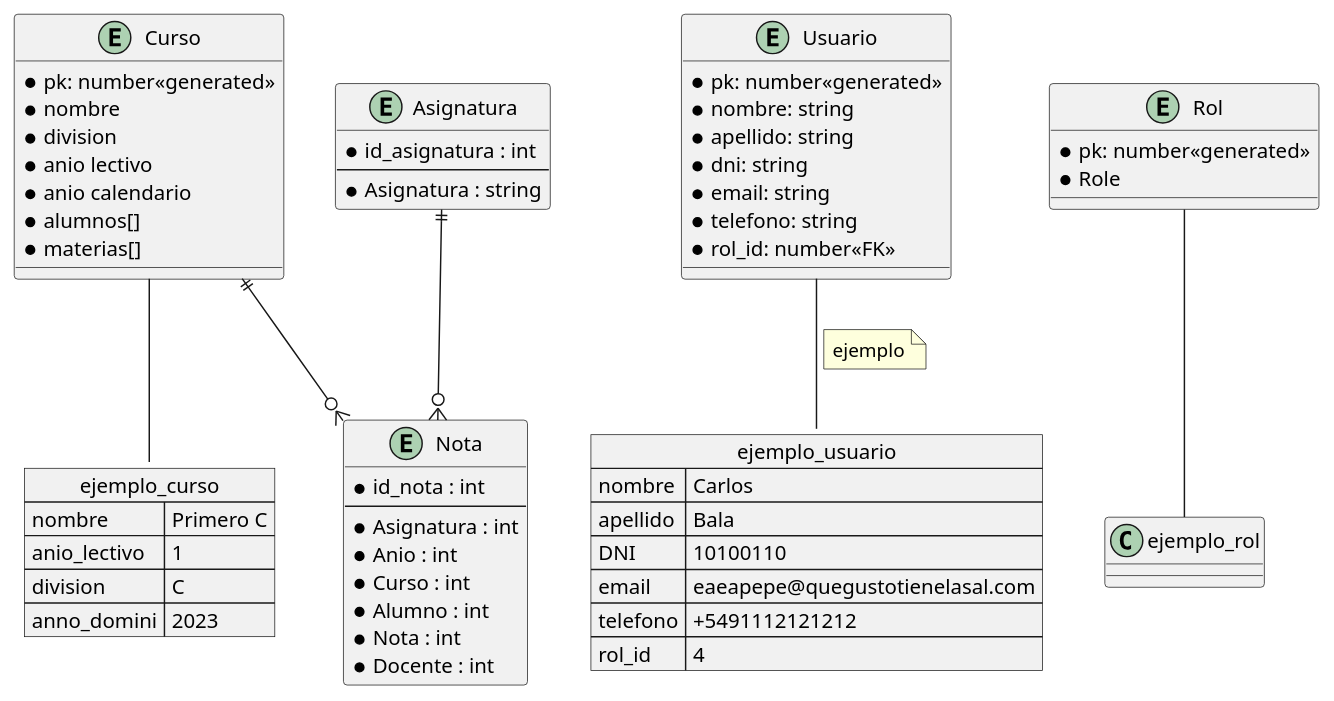
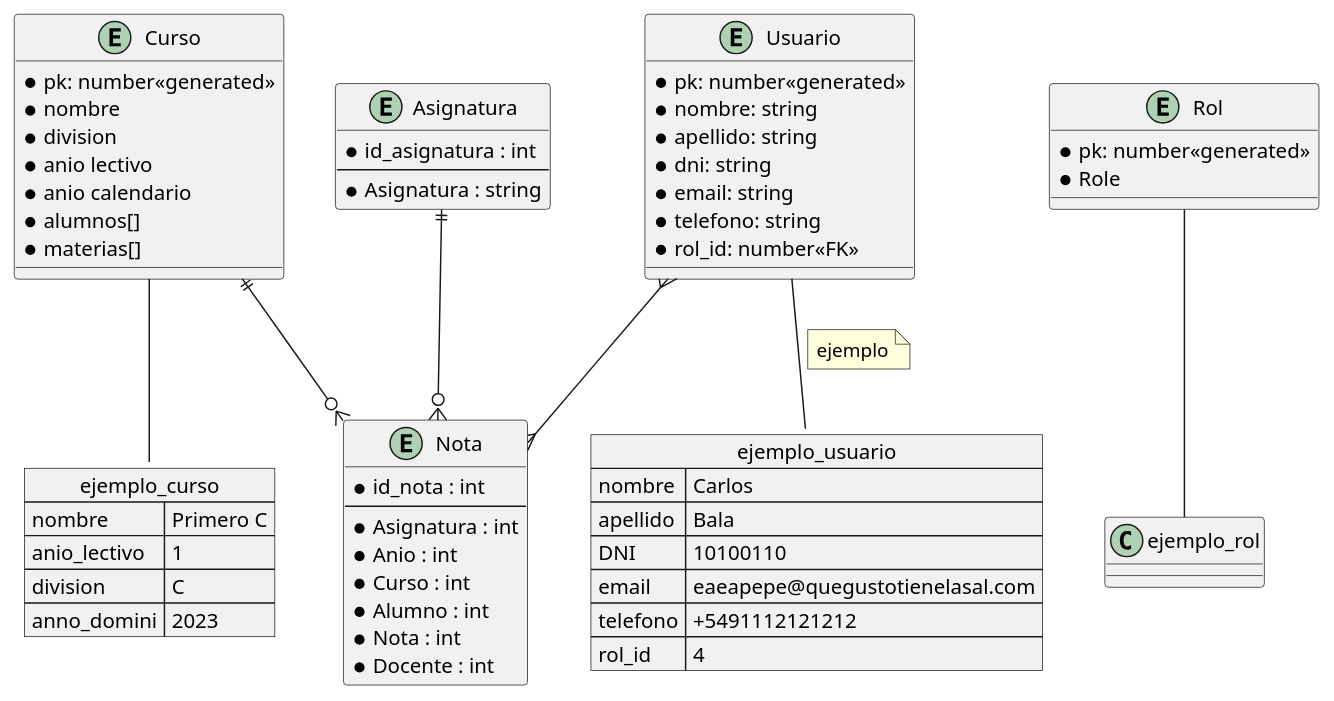
One commit to aragornz325/escuelas changed the diagram in README.md. Above: the diagram before and after it, drawn with PlantUML.

````diff
--- a/README.md
+++ b/README.md
@@ -3,74 +3,75 @@
 ```plantuml
 @startuml
 allow_mixing
 
 entity Curso {
   * pk: number<<generated>>
   * nombre
   * division
   * anio lectivo
   * anio calendario
   * alumnos[]
   * materias[]
 }
 
 entity Usuario {
   * pk: number<<generated>>
   * nombre: string
   * apellido: string
   * dni: string
   * email: string
   * telefono: string
   * rol_id: number<<FK>>
 }
 
 entity Rol {
  * pk: number<<generated>>
  * Role
 }
 
 entity "Asignatura" {
   * id_asignatura : int
   --
   * Asignatura : string
 }
 
 entity "Nota" {
   * id_nota : int
   --
   * Asignatura : int
   * Anio : int
   * Curso : int
   * Alumno : int
   * Nota : int
   * Docente : int
 }
 
 json ejemplo_usuario{
   "nombre": "Carlos",
   "apellido": "Bala",
   "DNI": "10100110",
   "email": "eaeapepe@quegustotienelasal.com",
   "telefono": "+5491112121212",
   "rol_id": 4
 }
 
 json ejemplo_curso {
    "nombre":"Primero C",
    "anio_lectivo":"1",
    "division":"C",
    "anno_domini":"2023"
 }
 
+Usuario }--{ Nota
 Asignatura ||--o{ Nota
 Curso ||--o{ Nota
 
 Rol -- ejemplo_rol
 Curso -- ejemplo_curso
 Usuario -- ejemplo_usuario
 note on link
 ejemplo
 end note
 
 @enduml
 ```
````
